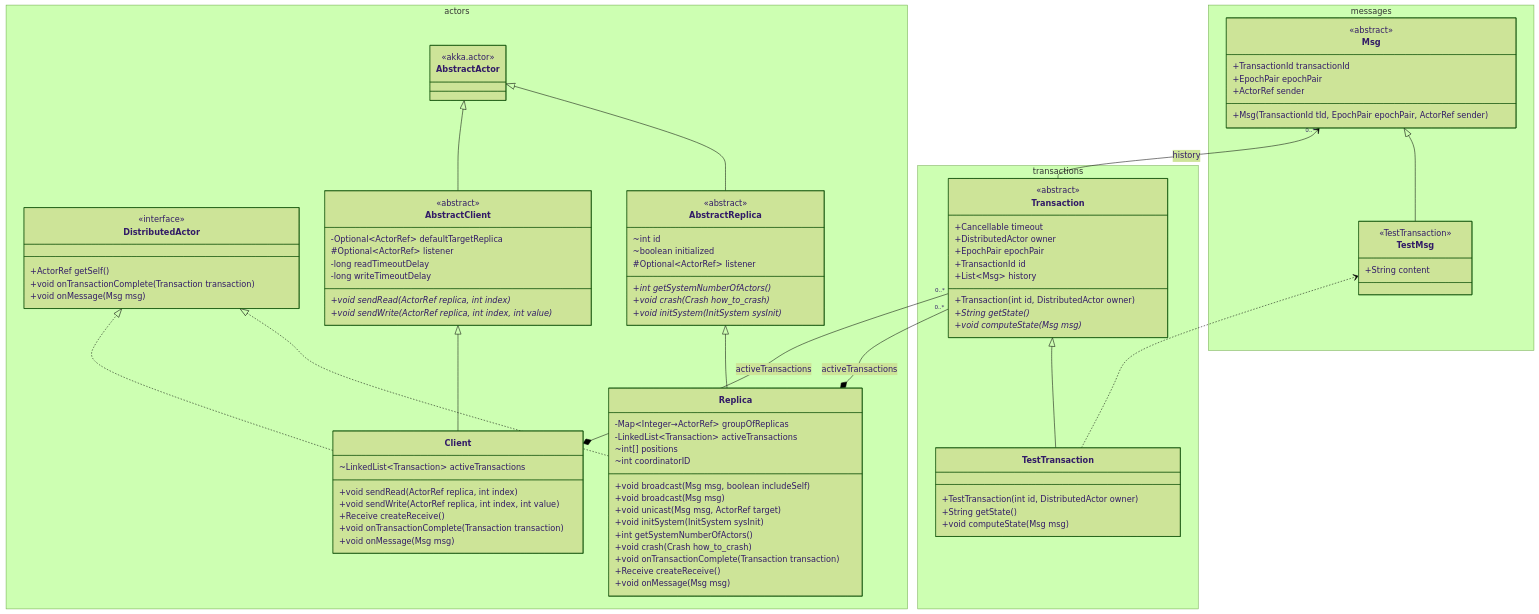
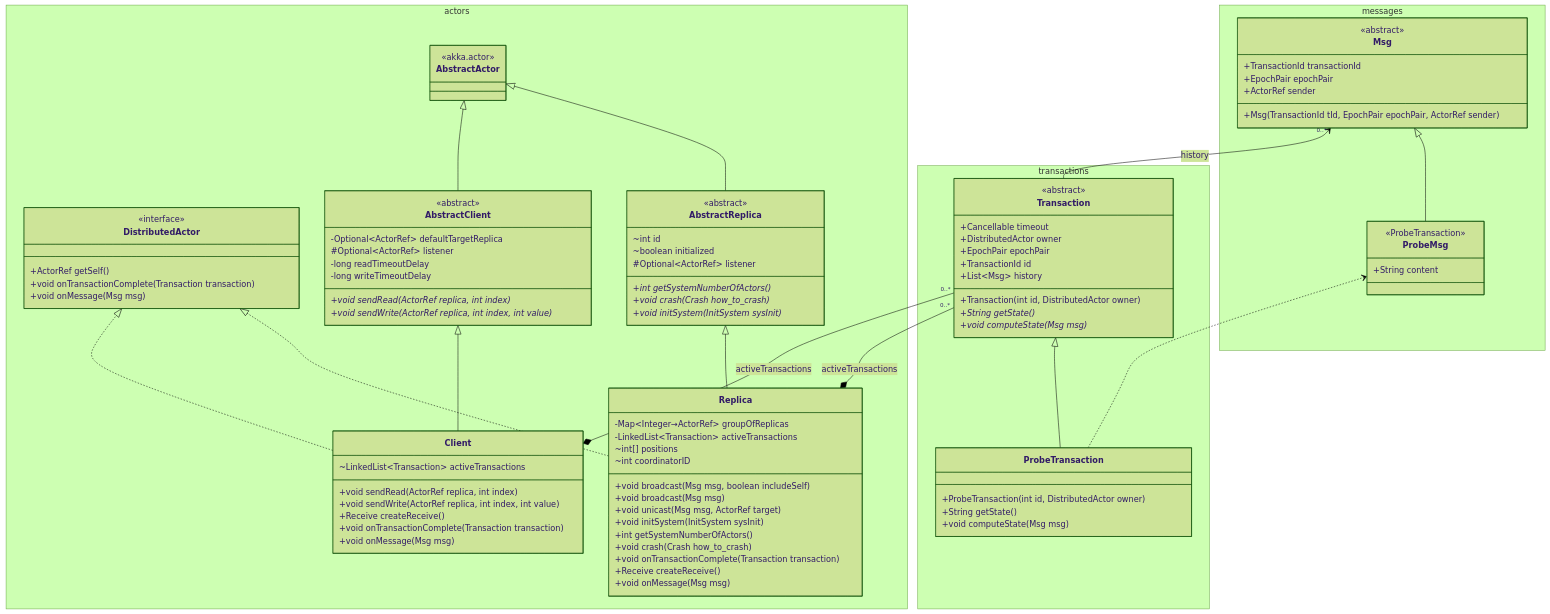
One commit to alanmasu/CoreDump_DS_Project changed the diagram in charts/UML/System_UML.mmd. Above: the diagram before and after it, drawn with Mermaid. The commit also changed 2 other files, not shown here.

Commit message:
docs: Update the UML diagrams after the rename

```diff
--- a/charts/UML/System_UML.mmd
+++ b/charts/UML/System_UML.mmd
@@ -1,162 +1,162 @@
 ---
 config:
   theme: forest
 ---
 classDiagram
 
     direction BT
 
 
     %% ==================================================================
     %% Legend of the notation used in this diagram
     %%   ..|>  realization  : "implements" an interface (dashed + hollow triangle)
     %%   --|>  inheritance  : "extends" a class         (solid  + hollow triangle)
     %%   -->   association  : the source keeps a *field* referencing the target 
     %%         *--   composition  : the part is created by the whole and dies with it
     %%         o--   aggregation  : the part is injected from outside, outlives the whole
     %%   ..>   dependency   : the target only appears in a signature / local scope
     %% Diamonds (*-- and o--) are always drawn on the side of the "whole".
     %% Multiplicities read towards the far end: "1" A --> "0..*" B = one A, many B.
     %% Member markers: * = abstract, + public, # protected, - private,
     %%                 ~ package-private (Java default visibility).
     %% Boilerplate (equals/hashCode/toString/compareTo) and simple accessors,
     %% getters/setters and logging helpers are omitted from every box.
     %% Nested static classes carry the <<Outer>> stereotype naming their enclosing
     %% class, because Mermaid has no notation for class nesting.
     %% Map~K→V~ is read as Map<K, V> (Mermaid generics cannot contain a comma).
     %%
     %% SCOPE: the three hierarchies below are drawn as SEPARATE, unconnected
     %% clusters on purpose, so that each one stays readable. The links that do
     %% exist between them in the code (an actor holds Transactions, a Transaction
     %% consumes Msg) are described in the notes instead of being drawn.
     %% Infrastructure and test plumbing (NetworkChannel, Logger, Main, Props,
     %% InitSystem, Crash/CrashType/CrashStatus and the listener notification
     %% messages) are deliberately omitted.
     %% ==================================================================
     %% ------------------------------------------------------------------
     %% 1. ACTOR HIERARCHY
     %% ------------------------------------------------------------------
     namespace actors {
 
         class AbstractActor {
             <<akka.actor>>
         }
 
         class DistributedActor {
             <<interface>>
             +ActorRef getSelf()
             +void onTransactionComplete(Transaction transaction)
             +void onMessage(Msg msg)
         }
 
         class AbstractReplica {
             <<abstract>>
             ~int id
             ~boolean initialized
             #Optional~ActorRef~ listener
             +int getSystemNumberOfActors()*
             +void crash(Crash how_to_crash)*
             +void initSystem(InitSystem sysInit)*
         }
 
         class Replica {
             -Map~Integer→ActorRef~ groupOfReplicas
             -LinkedList~Transaction~ activeTransactions
             ~int[] positions
             ~int coordinatorID
             +void broadcast(Msg msg, boolean includeSelf)
             +void broadcast(Msg msg)
             +void unicast(Msg msg, ActorRef target)
             +void initSystem(InitSystem sysInit)
             +int getSystemNumberOfActors()
             +void crash(Crash how_to_crash)
             +void onTransactionComplete(Transaction transaction)
             +Receive createReceive()
             +void onMessage(Msg msg)
         }
 
         class AbstractClient {
             <<abstract>>
             -Optional~ActorRef~ defaultTargetReplica
             #Optional~ActorRef~ listener
             -long readTimeoutDelay
             -long writeTimeoutDelay
             +void sendRead(ActorRef replica, int index)*
             +void sendWrite(ActorRef replica, int index, int value)*
         }
 
         class Client {
             ~LinkedList~Transaction~ activeTransactions
             +void sendRead(ActorRef replica, int index)
             +void sendWrite(ActorRef replica, int index, int value)
             +Receive createReceive()
             +void onTransactionComplete(Transaction transaction)
             +void onMessage(Msg msg)
         }
     }
 
     AbstractReplica --|> AbstractActor
     AbstractClient --|> AbstractActor
     Replica --|> AbstractReplica
     Client --|> AbstractClient
     %% both concrete actors expose the callbacks the transactions call back into
     Replica ..|> DistributedActor
     Client ..|> DistributedActor
 
     %% ------------------------------------------------------------------
     %% 2. TRANSACTION HIERARCHY
     %% ------------------------------------------------------------------
     namespace transactions {
 
         class Transaction {
             <<abstract>>
             +Cancellable timeout
             +DistributedActor owner
             +EpochPair epochPair
             +TransactionId id
             +List~Msg~ history
             +Transaction(int id, DistributedActor owner)
             +String getState()*
             +void computeState(Msg msg)*
         }
 
-        class TestTransaction {
-            +TestTransaction(int id, DistributedActor owner)
+        class ProbeTransaction {
+            +ProbeTransaction(int id, DistributedActor owner)
             +String getState()
             +void computeState(Msg msg)
         }
     }
 
-    TestTransaction --|> Transaction
+    ProbeTransaction --|> Transaction
 
     %% ------------------------------------------------------------------
     %% 3. MESSAGE HIERARCHY
     %% NOTE: the protocol messages (Update, WriteOK, Election, Synchronization,
     %% Heartbeat) exist only in the sequence diagrams so far, not yet in Java.
     %% ------------------------------------------------------------------
     namespace messages {
 
         class Msg {
             <<abstract>>
             +TransactionId transactionId
             +EpochPair epochPair
             +ActorRef sender
             +Msg(TransactionId tId, EpochPair epochPair, ActorRef sender)
         }
 
-        class TestMsg {
-            <<TestTransaction>>
+        class ProbeMsg {
+            <<ProbeTransaction>>
             +String content
         }
     }
 
-    TestMsg --|> Msg
+    ProbeMsg --|> Msg
     
 
     %% Transaction has an history of the Msg 
     Transaction --> "0..*" Msg : history
-    TestTransaction ..> TestMsg 
+    ProbeTransaction ..> ProbeMsg 
 
     %% Replica is associated with the Transaction in the sense that it holds a LinkedList of active Transactions os if the Replica dies, the Transactions die with it. 
     Replica *-- "0..*" Transaction : activeTransactions
     Client *-- "0..*" Transaction : activeTransactions
```
